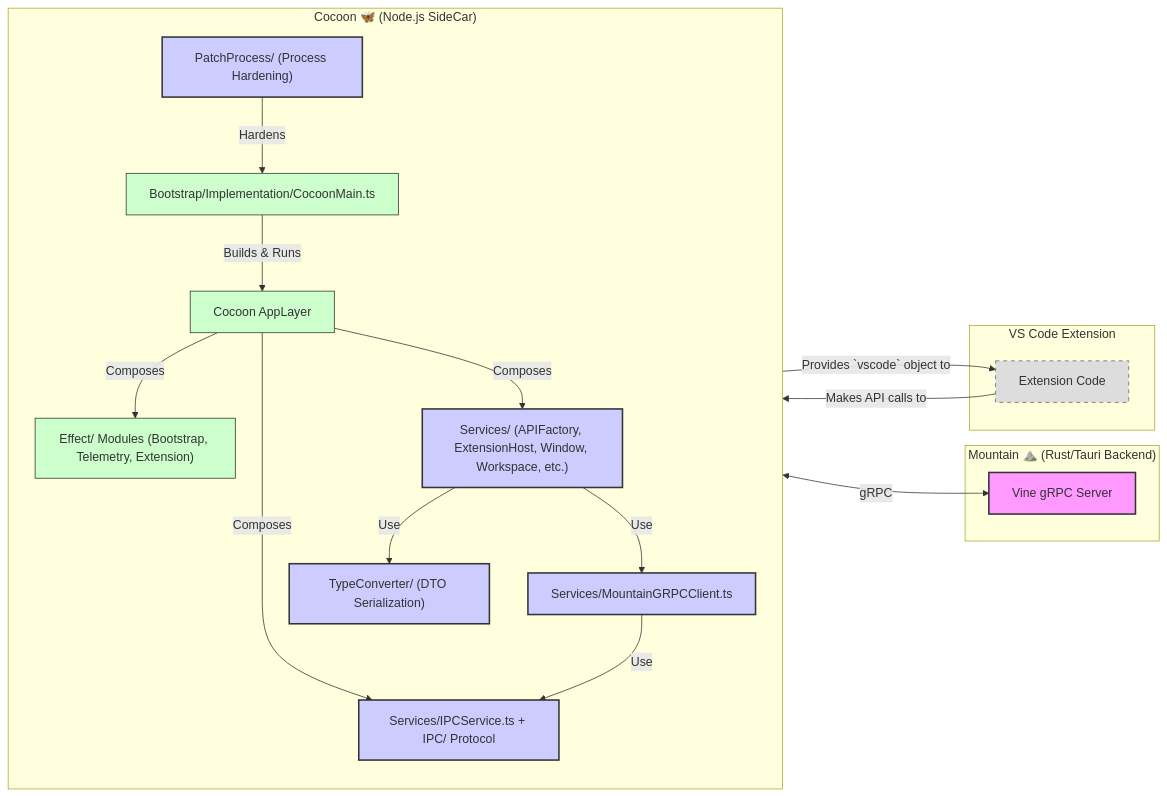
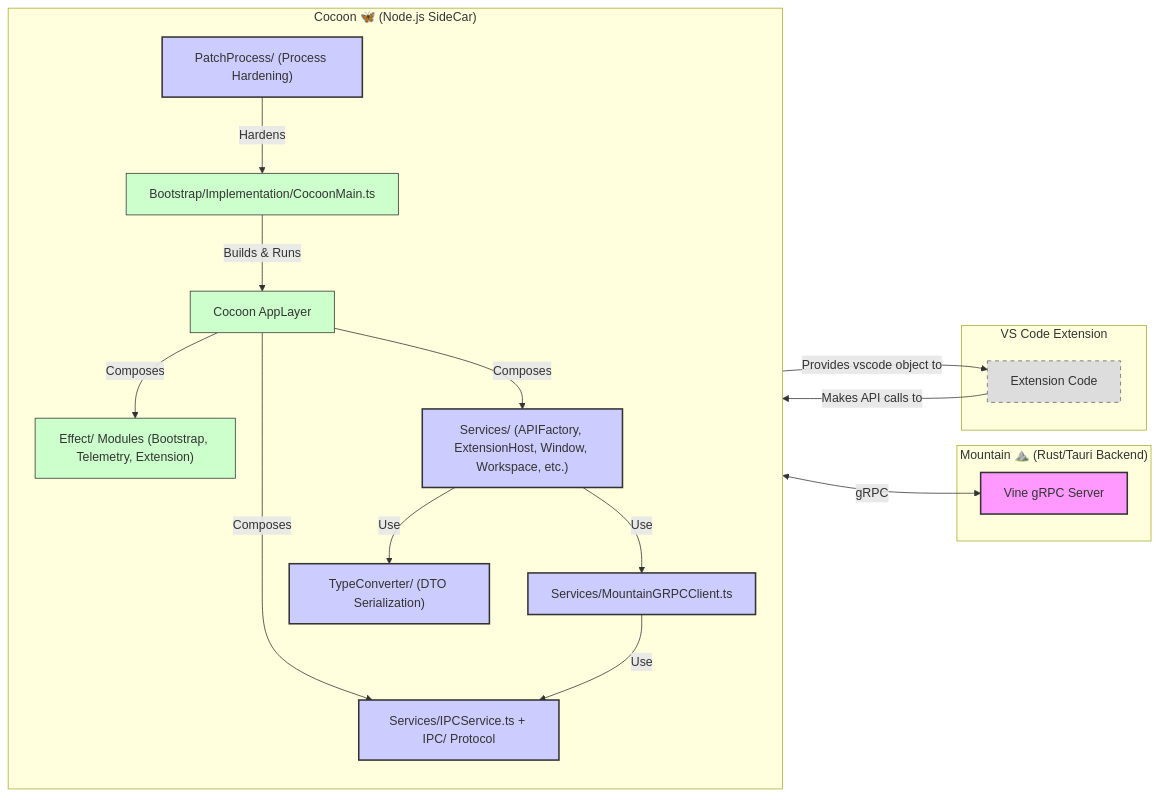
Before and after one commit to CodeEditorLand/Cocoon: the diagram in README.md, drawn with Mermaid. The commit also changed other lines of this file, not shown here.

First line of the commit message:
docs(Cocoon): comprehensive README restructure with architecture deep-dive

````diff
--- a/README.md
+++ b/README.md
@@ -70,41 +179,40 @@
 ```mermaid
 graph LR
 classDef mountain fill:#f9f,stroke:#333,stroke-width:2px;
 classDef cocoon fill:#ccf,stroke:#333,stroke-width:2px;
 classDef effectts fill:#cfc,stroke:#333,stroke-width:1px;
 classDef vscode fill:#ddd,stroke:#666,stroke-width:1px,stroke-dasharray: 5 5;
 
 subgraph "Cocoon 🦋 (Node.js SideCar)"
 direction TB
 Bootstrap["Bootstrap/Implementation/CocoonMain.ts"]:::effectts
 AppLayer["Cocoon AppLayer"]:::effectts
 EffectModules["Effect/ Modules (Bootstrap, Telemetry, Extension)"]:::effectts
 PatchProcess["PatchProcess/ (Process Hardening)"]:::cocoon
 APIServices["Services/ (APIFactory, ExtensionHost, Window, Workspace, etc.)"]:::cocoon
 IPCService["Services/IPCService.ts + IPC/ Protocol"]:::cocoon
 GRPCClient["Services/MountainGRPCClient.ts"]:::cocoon
 TypeConverter["TypeConverter/ (DTO Serialization)"]:::cocoon
 
 Bootstrap -- Builds & Runs --> AppLayer
 AppLayer -- Composes --> EffectModules
 AppLayer -- Composes --> APIServices
 AppLayer -- Composes --> IPCService
 APIServices -- Use --> GRPCClient
 APIServices -- Use --> TypeConverter
 GRPCClient -- Use --> IPCService
 PatchProcess -- Hardens --> Bootstrap
 end
 
 subgraph "Mountain ⛰️  (Rust/Tauri Backend)"
 VineGRPC["Vine gRPC Server"]:::mountain
 end
 
 subgraph "VS Code Extension"
 ExtensionCode["Extension Code"]:::vscode
 end
 
-APIServices -- Provides `vscode` object to --> ExtensionCode
+APIServices -- Provides vscode object to --> ExtensionCode
 ExtensionCode -- Makes API calls to --> APIServices
-
 GRPCClient -- gRPC <--> VineGRPC
 ```
````
